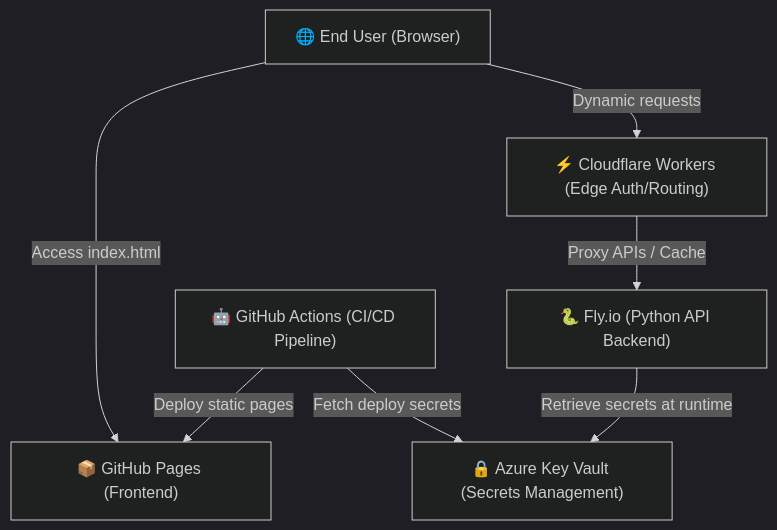
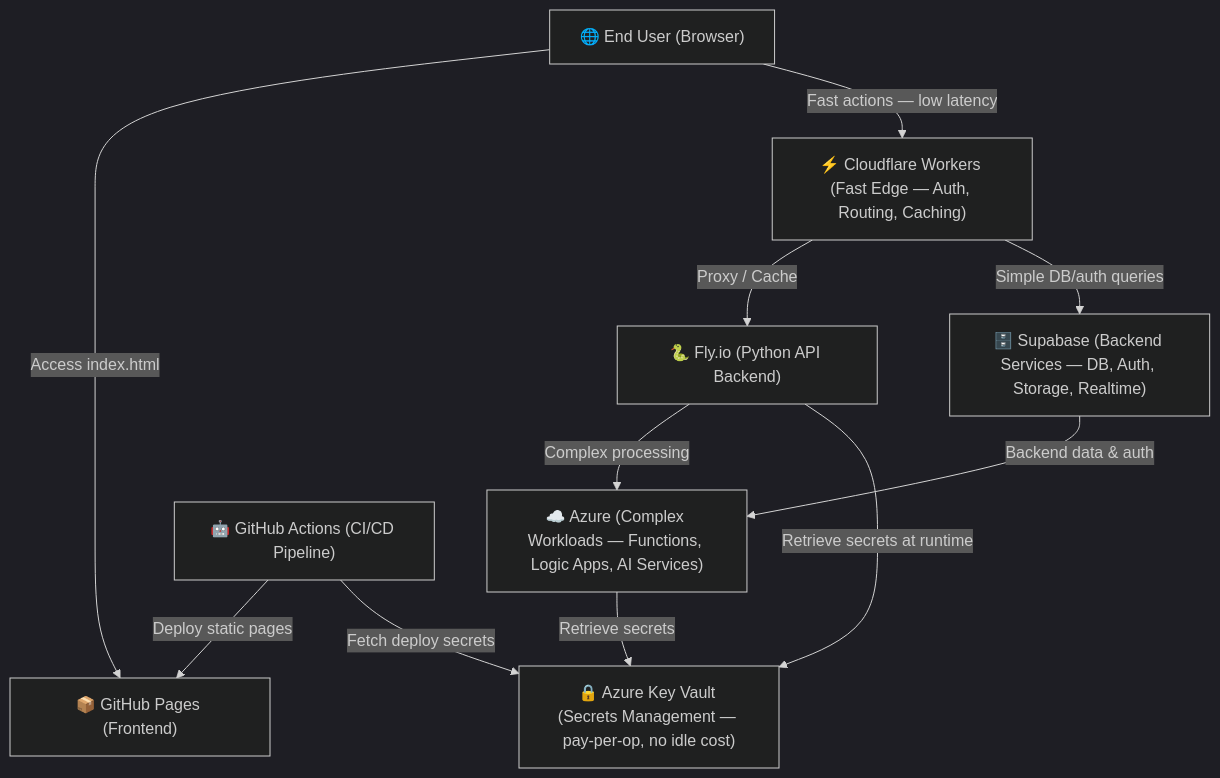
Before and after one commit to rifaterdemsahin/claude-architect-certification: the diagram in 2_Environment/1_architecture.md, drawn with Mermaid (dark theme). The commit also changed other lines of this file, not shown here.

First line of the commit message:
docs(architecture): add Supabase, clarify Azure pay-per-op and Cloudflare fast-action roles

````diff
--- a/2_Environment/1_architecture.md
+++ b/2_Environment/1_architecture.md
@@ -12,17 +12,23 @@
 ```mermaid
 graph TD
     User["🌐 End User (Browser)"]
     GitHubPages["📦 GitHub Pages (Frontend)"]
-    CloudflareWorkers["⚡ Cloudflare Workers (Edge Auth/Routing)"]
+    CloudflareWorkers["⚡ Cloudflare Workers (Fast Edge — Auth, Routing, Caching)"]
+    Supabase["🗄️ Supabase (Backend Services — DB, Auth, Storage, Realtime)"]
     FlyIO["🐍 Fly.io (Python API Backend)"]
-    AzureKeyVault["🔒 Azure Key Vault (Secrets Management)"]
+    AzureKeyVault["🔒 Azure Key Vault (Secrets Management — pay-per-op, no idle cost)"]
+    AzureComplex["☁️ Azure (Complex Workloads — Functions, Logic Apps, AI Services)"]
     GitHubActions["🤖 GitHub Actions (CI/CD Pipeline)"]
 
     User -->|Access index.html| GitHubPages
-    User -->|Dynamic requests| CloudflareWorkers
-    CloudflareWorkers -->|Proxy APIs / Cache| FlyIO
+    User -->|Fast actions — low latency| CloudflareWorkers
+    CloudflareWorkers -->|Proxy / Cache| FlyIO
+    CloudflareWorkers -->|Simple DB/auth queries| Supabase
+    FlyIO -->|Complex processing| AzureComplex
     FlyIO -->|Retrieve secrets at runtime| AzureKeyVault
-    
+    AzureComplex -->|Retrieve secrets| AzureKeyVault
+    Supabase -->|Backend data & auth| AzureComplex
+
     GitHubActions -->|Deploy static pages| GitHubPages
     GitHubActions -->|Fetch deploy secrets| AzureKeyVault
 ```
````
